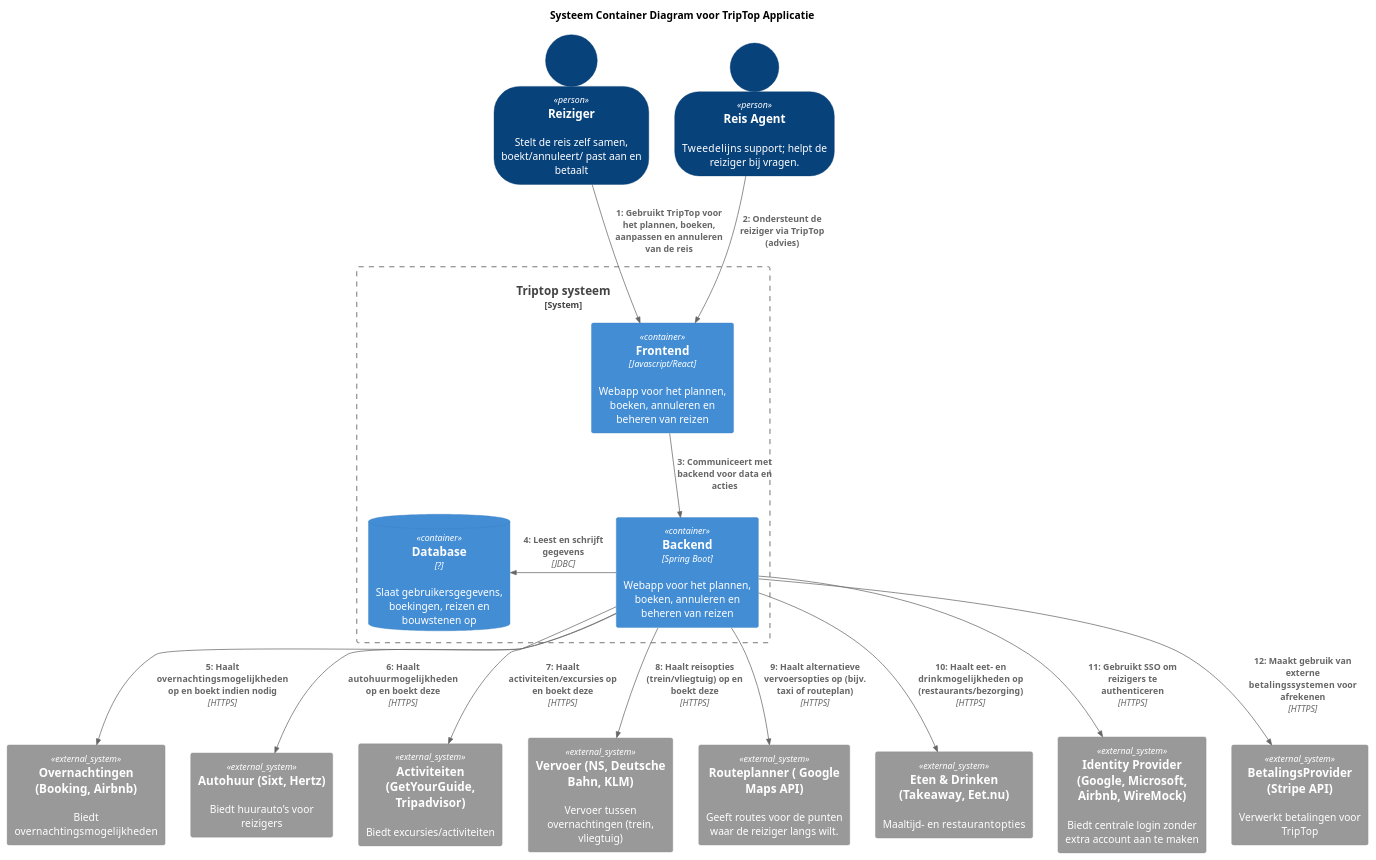
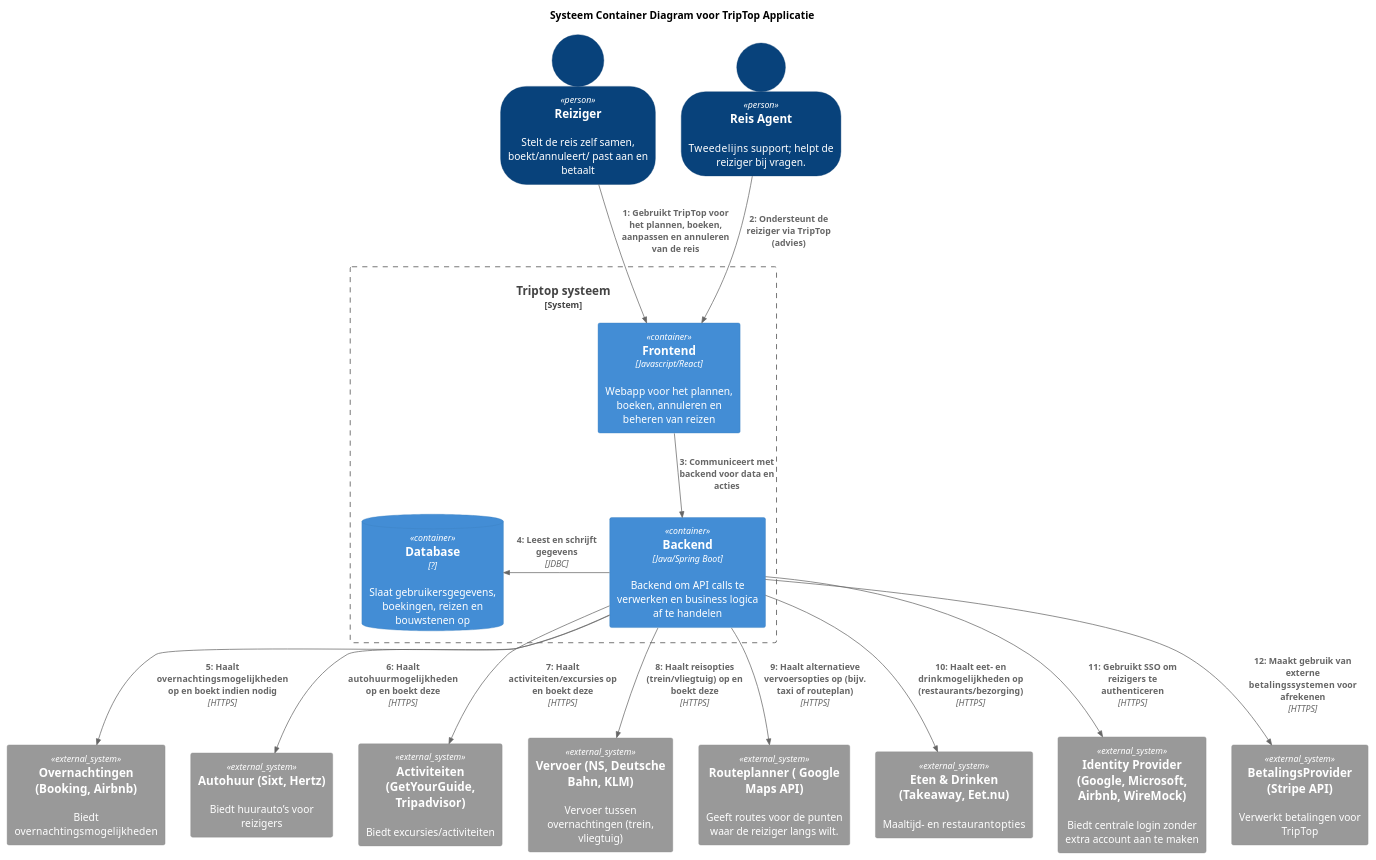
One commit to AIM-ENE-feb25/triptop-asas changed the diagram in software-guidebook/container-diagrammen/container-sybren.puml. Above: the diagram before and after it, drawn with PlantUML.

```diff
--- a/software-guidebook/container-diagrammen/container-sybren.puml
+++ b/software-guidebook/container-diagrammen/container-sybren.puml
@@ -1,36 +1,36 @@
 @startuml
 !include https://raw.githubusercontent.com/plantuml-stdlib/C4-PlantUML/master/C4_Dynamic.puml
 title Systeem Container Diagram voor TripTop Applicatie
 SHOW_PERSON_OUTLINE()
 Person(reiziger, "Reiziger", "Stelt de reis zelf samen, boekt/annuleert/ past aan en betaalt")
 Person(ondersteuner, "Reis Agent", "Tweede­lijns support; helpt de reiziger bij vragen.")
 
 System_Boundary(c0, "Triptop systeem") {
 Container(frontend, Frontend, "Javascript/React", "Webapp voor het plannen, boeken, annuleren en beheren van reizen")
-Container(backend, Backend, "Spring Boot", "Webapp voor het plannen, boeken, annuleren en beheren van reizen")
+Container(backend, Backend, "Java/Spring Boot", "Backend om API calls te verwerken en business logica af te handelen")
 ContainerDb(db, Database, "?", "Slaat gebruikersgegevens, boekingen, reizen en bouwstenen op")
 }
 System_Ext(overnachtingen, "Overnachtingen (Booking, Airbnb)", "Biedt overnachtings­mogelijkheden")
 System_Ext(autohuur, "Autohuur (Sixt, Hertz)", "Biedt huurauto’s voor reizigers")
 System_Ext(activiteiten, "Activiteiten (GetYourGuide, Tripadvisor)", "Biedt excursies/activiteiten")
 System_Ext(vervoer1, "Vervoer (NS, Deutsche Bahn, KLM)", "Vervoer tussen overnachtingen (trein, vliegtuig)")
 System_Ext(vervoer2, "Routeplanner ( Google Maps API)", "Geeft routes voor de punten waar de reiziger langs wilt.")
 System_Ext(eten, "Eten & Drinken (Takeaway, Eet.nu)", "Maaltijd- en restaurant­opties")
 
 System_Ext(identity, "Identity Provider (Google, Microsoft, Airbnb, WireMock)", "Biedt centrale login zonder extra account aan te maken")
 System_Ext(payment, "BetalingsProvider (Stripe API)", "Verwerkt betalingen voor TripTop")
 
 Rel(reiziger, frontend, "Gebruikt TripTop voor het plannen, boeken, aanpassen en annuleren van de reis")
 Rel(ondersteuner, frontend, "Ondersteunt de reiziger via TripTop (advies)")
 Rel(frontend, backend, "Communiceert met backend voor data en acties")
 Rel_L(backend, db, "Leest en schrijft gegevens", "JDBC")
 Rel(backend, overnachtingen, "Haalt overnachtings­mogelijkheden op en boekt indien nodig", "HTTPS")
 Rel(backend, autohuur, "Haalt autohuur­mogelijkheden op en boekt deze", "HTTPS")
 Rel(backend, activiteiten, "Haalt activiteiten/excursies op en boekt deze", "HTTPS")
 Rel(backend, vervoer1, "Haalt reisopties (trein/vliegtuig) op en boekt deze", "HTTPS")
 Rel(backend, vervoer2, "Haalt alternatieve vervoersopties op (bijv. taxi of routeplan)", "HTTPS")
 Rel(backend, eten, "Haalt eet- en drink­mogelijkheden op (restaurants/bezorging)", "HTTPS")
 Rel(backend, identity, "Gebruikt SSO om reizigers te authenticeren", "HTTPS")
 Rel(backend, payment, "Maakt gebruik van externe betalings­systemen voor afrekenen", "HTTPS")
 
 @enduml
```
